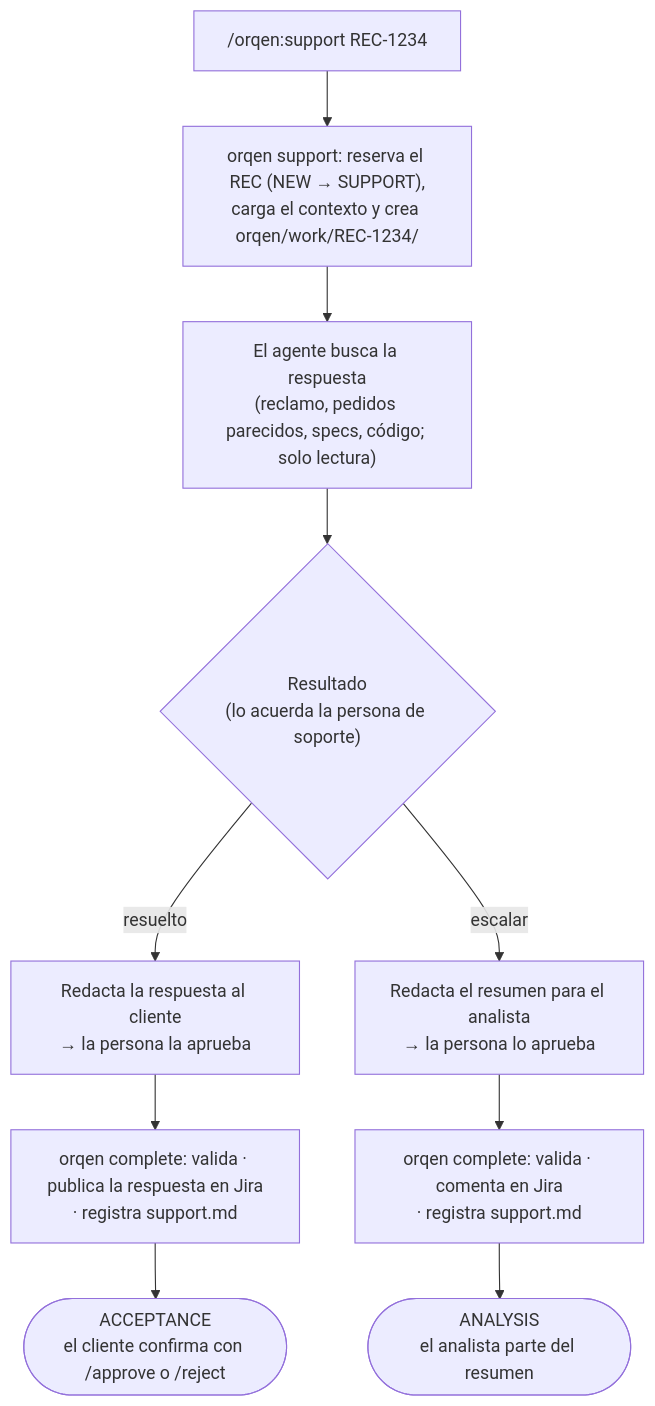
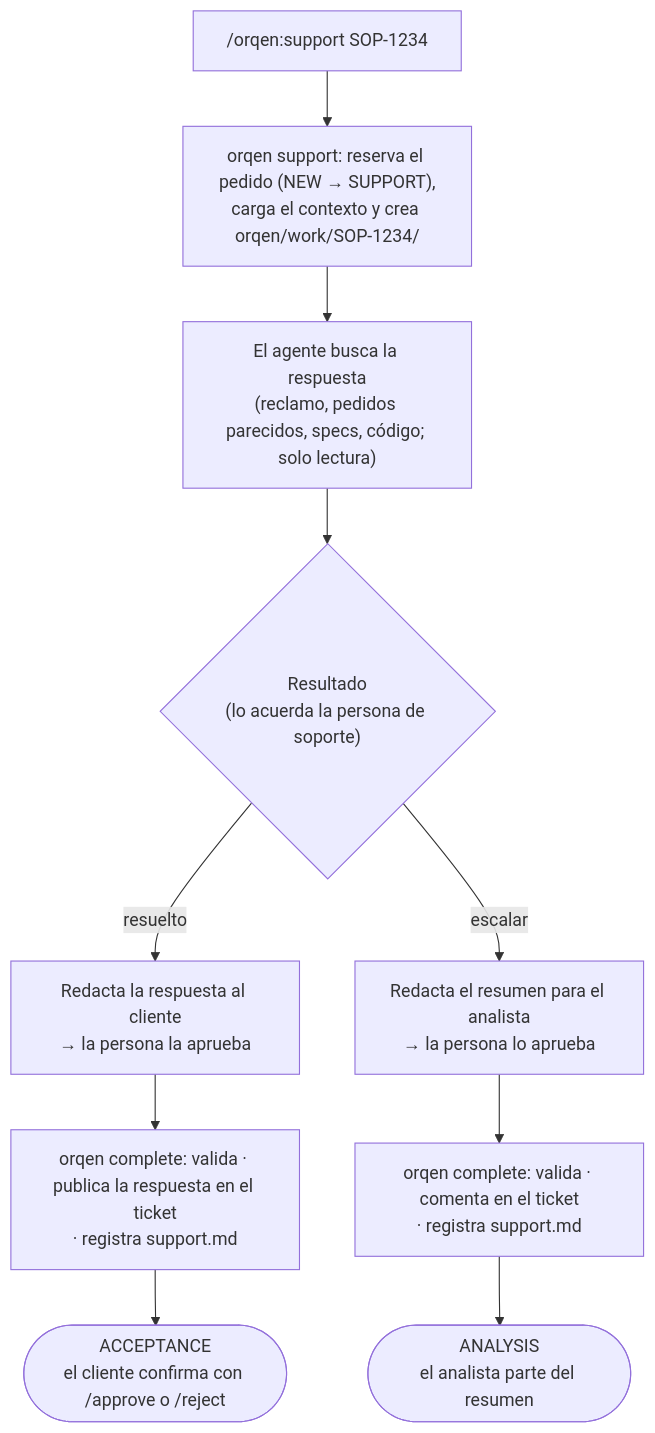
One commit to sistemas-telpin/orqen changed the first of 7 diagrams in README.md. Above: the diagram before and after it, drawn with Mermaid. The commit also changed other lines of this file and 106 other files, not shown here.

````diff
--- a/README.md
+++ b/README.md
@@ -69,10 +69,10 @@
 ```mermaid
 flowchart TD
-    A["/orqen:support REC-1234"] --> B["orqen support: reserva el REC (NEW → SUPPORT),<br/>carga el contexto y crea orqen/work/REC-1234/"]
+    A["/orqen:support SOP-1234"] --> B["orqen support: reserva el pedido (NEW → SUPPORT),<br/>carga el contexto y crea orqen/work/SOP-1234/"]
     B --> C["El agente busca la respuesta<br/>(reclamo, pedidos parecidos, specs, código; solo lectura)"]
     C --> D{"Resultado<br/>(lo acuerda la persona de soporte)"}
     D -->|"resuelto"| E["Redacta la respuesta al cliente<br/>→ la persona la aprueba"]
     D -->|"escalar"| F["Redacta el resumen para el analista<br/>→ la persona lo aprueba"]
-    E --> G["orqen complete: valida · publica la respuesta en Jira<br/>· registra support.md"] --> H(["ACCEPTANCE<br/>el cliente confirma con /approve o /reject"])
-    F --> I["orqen complete: valida · comenta en Jira<br/>· registra support.md"] --> J(["ANALYSIS<br/>el analista parte del resumen"])
+    E --> G["orqen complete: valida · publica la respuesta en el ticket<br/>· registra support.md"] --> H(["ACCEPTANCE<br/>el cliente confirma con /approve o /reject"])
+    F --> I["orqen complete: valida · comenta en el ticket<br/>· registra support.md"] --> J(["ANALYSIS<br/>el analista parte del resumen"])
 ```
````
